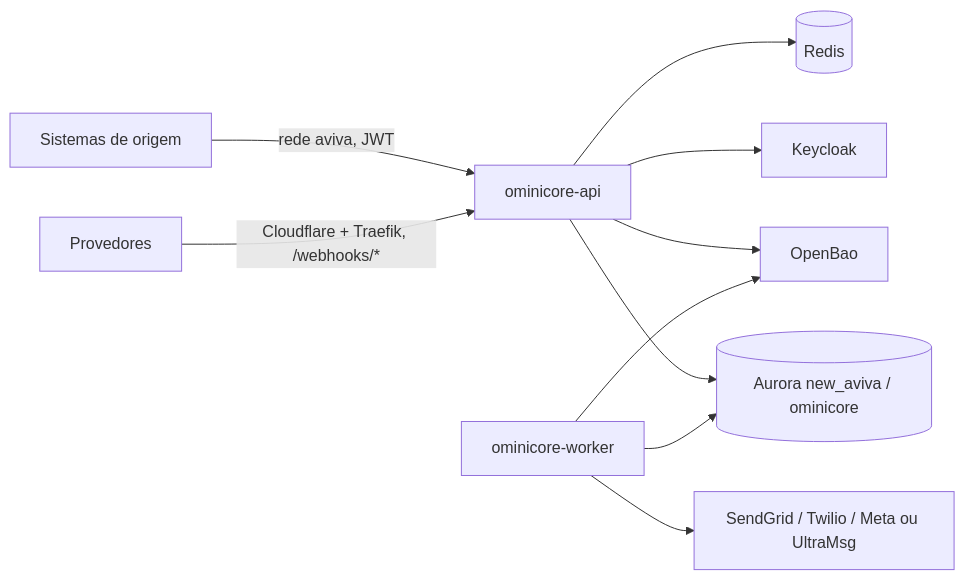
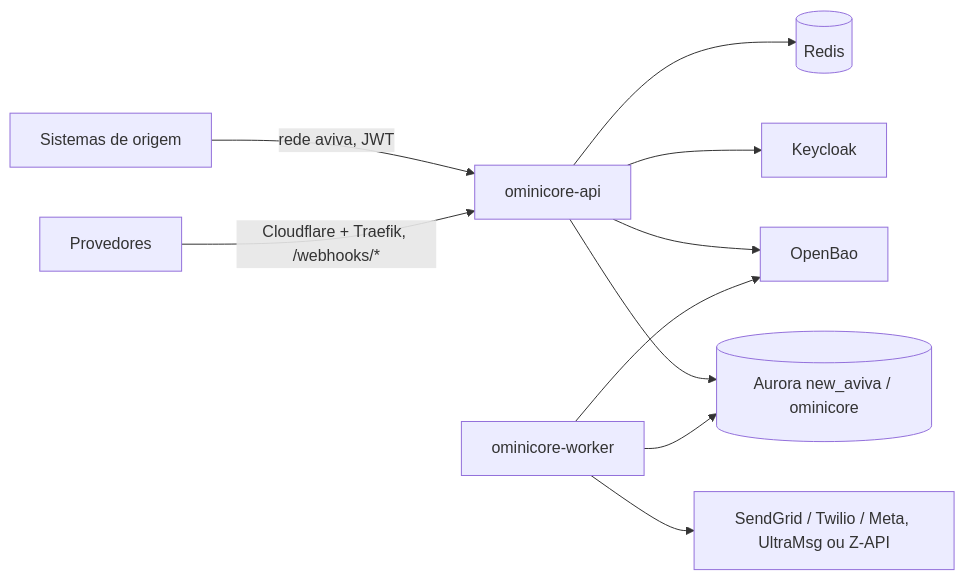
Before and after one commit to mauriciomiwa/ominicore-service: the diagram in DOC/Infra/infraestrutura.md, drawn with Mermaid. The commit also changed other lines of this file and 34 other files, not shown here.

````diff
--- a/DOC/Infra/infraestrutura.md
+++ b/DOC/Infra/infraestrutura.md
@@ -69,11 +69,11 @@
 ```mermaid
 graph LR
   S[Sistemas de origem] -->|rede aviva, JWT| API[ominicore-api]
   P[Provedores] -->|Cloudflare + Traefik, /webhooks/*| API
   API --> PG[(Aurora new_aviva / ominicore)]
   W[ominicore-worker] --> PG
-  W --> SG[SendGrid / Twilio / Meta ou UltraMsg]
+  W --> SG[SendGrid / Twilio / Meta, UltraMsg ou Z-API]
   API & W --> BAO[OpenBao]
   API --> KC[Keycloak]
   API --> RD[(Redis)]
 ```
````
